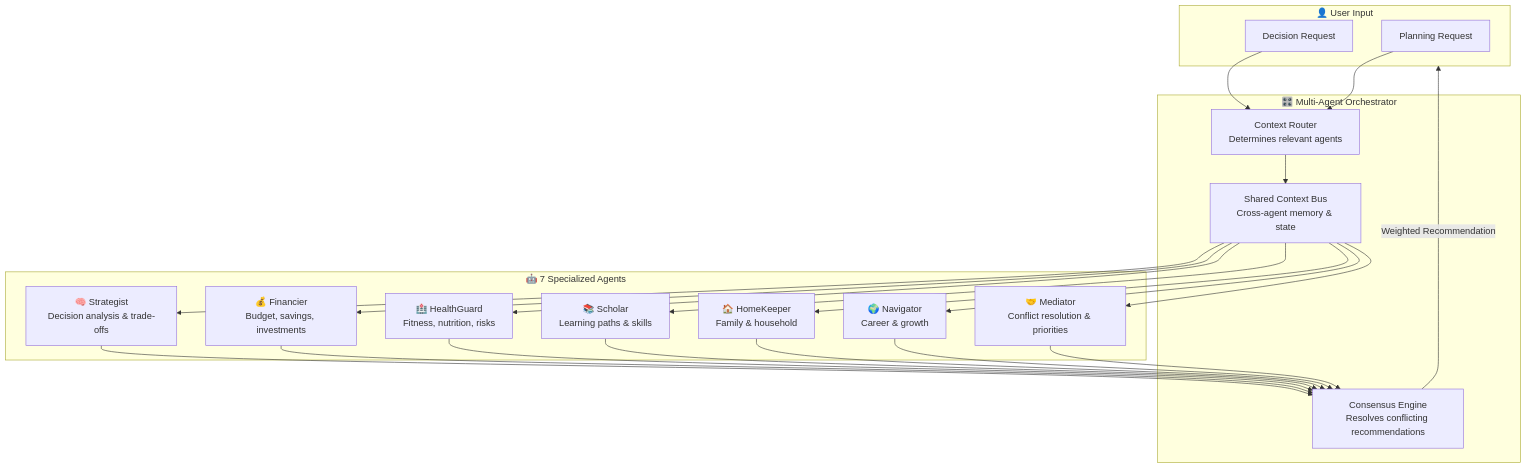
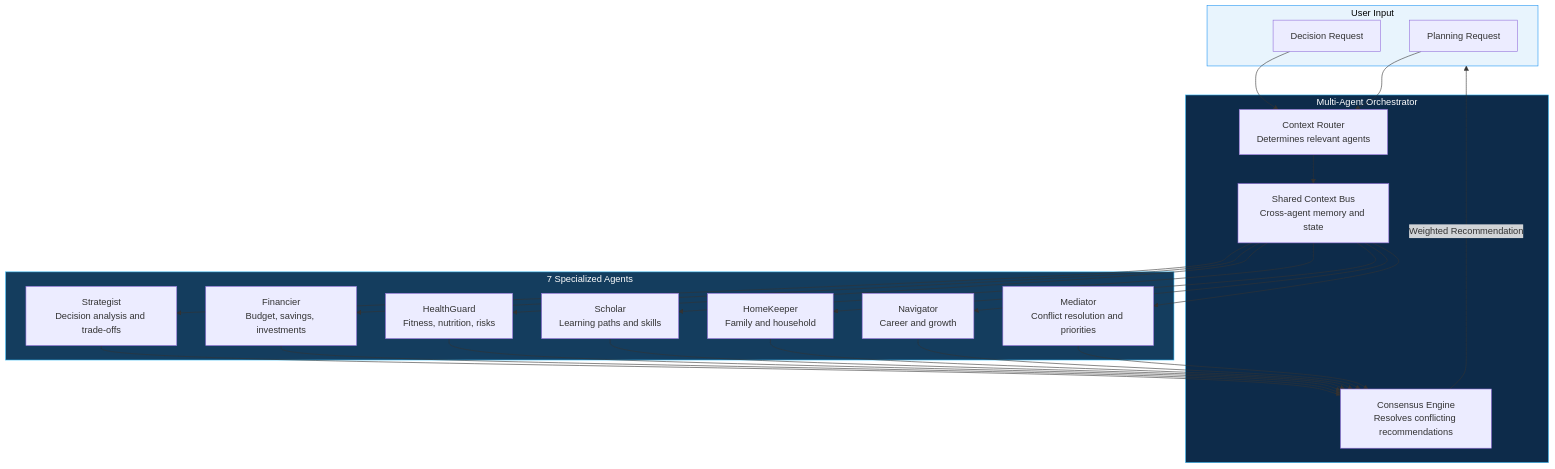
Before and after one commit to mulkymalikuldhrs/famlyzer-ai: the first of 4 diagrams in README.md, drawn with Mermaid. The commit also changed other lines of this file and 1 other file, not shown here.

Commit message:
🎨 Upgrade: banner image + fixed Mermaid + animations + flow diagrams

````diff
--- a/README.md
+++ b/README.md
@@ -153,42 +87,46 @@
 ```mermaid
 flowchart TB
-    subgraph User["👤 User Input"]
+    subgraph UserInput["User Input"]
         Decision[Decision Request]
         Plan[Planning Request]
     end
 
-    subgraph Orchestrator["🎛️ Multi-Agent Orchestrator"]
+    subgraph Orchestrator["Multi-Agent Orchestrator"]
         Router[Context Router<br/>Determines relevant agents]
-        Context[Shared Context Bus<br/>Cross-agent memory & state]
+        Context[Shared Context Bus<br/>Cross-agent memory and state]
         Consensus[Consensus Engine<br/>Resolves conflicting recommendations]
     end
 
-    subgraph Agents["🤖 7 Specialized Agents"]
-        Strategist[🧠 Strategist<br/>Decision analysis & trade-offs]
-        Financier[💰 Financier<br/>Budget, savings, investments]
-        HealthGuard[🏥 HealthGuard<br/>Fitness, nutrition, risks]
-        Scholar[📚 Scholar<br/>Learning paths & skills]
-        HomeKeeper[🏠 HomeKeeper<br/>Family & household]
-        Navigator[🌍 Navigator<br/>Career & growth]
-        Mediator[🤝 Mediator<br/>Conflict resolution & priorities]
+    subgraph Agents["7 Specialized Agents"]
+        Strategist[Strategist<br/>Decision analysis and trade-offs]
+        Financier[Financier<br/>Budget, savings, investments]
+        HealthGuard[HealthGuard<br/>Fitness, nutrition, risks]
+        Scholar[Scholar<br/>Learning paths and skills]
+        HomeKeeper[HomeKeeper<br/>Family and household]
+        Navigator[Navigator<br/>Career and growth]
+        Mediator[Mediator<br/>Conflict resolution and priorities]
     end
 
     Decision --> Router
     Plan --> Router
     Router --> Context
     Context --> Strategist
     Context --> Financier
     Context --> HealthGuard
     Context --> Scholar
     Context --> HomeKeeper
     Context --> Navigator
     Context --> Mediator
     Strategist --> Consensus
     Financier --> Consensus
     HealthGuard --> Consensus
     Scholar --> Consensus
     HomeKeeper --> Consensus
     Navigator --> Consensus
     Mediator --> Consensus
-    Consensus -->|Weighted Recommendation| User
+    Consensus -->|Weighted Recommendation| UserInput
+
+    style UserInput fill:#e8f4fd,stroke:#2196f3,color:#000
+    style Orchestrator fill:#0d2b4a,stroke:#38bdf8,color:#fff
+    style Agents fill:#143d5e,stroke:#38bdf8,color:#fff
 ```
````
